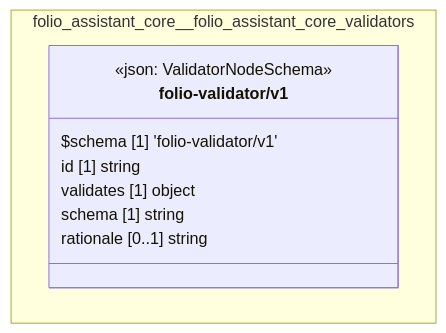
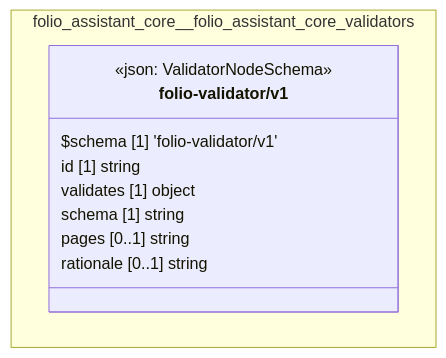
The diagram in cat-harness/docs/uml/overview/folio-assistant-core/folio-assistant-core-validators.md (litlfred/folio-assistant), drawn with Mermaid before and after one commit. The commit also changed 76 other files, not shown here.

````diff
--- a/cat-harness/docs/uml/overview/folio-assistant-core/folio-assistant-core-validators.md
+++ b/cat-harness/docs/uml/overview/folio-assistant-core/folio-assistant-core-validators.md
@@ -42,15 +42,16 @@
 ```mermaid
 classDiagram
   direction TB
   namespace folio_assistant_core__folio_assistant_core_validators {
     class folio_assistant_core_folio_assistant_core_validators_folio_validator_v1_folio_validator_v1["folio-validator/v1"] {
       <<json: ValidatorNodeSchema>>
       $schema [1] 'folio-validator/v1'
       id [1] string
       validates [1] object
       schema [1] string
+      pages [0..1] string
       rationale [0..1] string
     }
   }
   cssClass "folio_assistant_core_folio_assistant_core_validators_folio_validator_v1_folio_validator_v1" fa_uml_kind_validators
 ```
````
